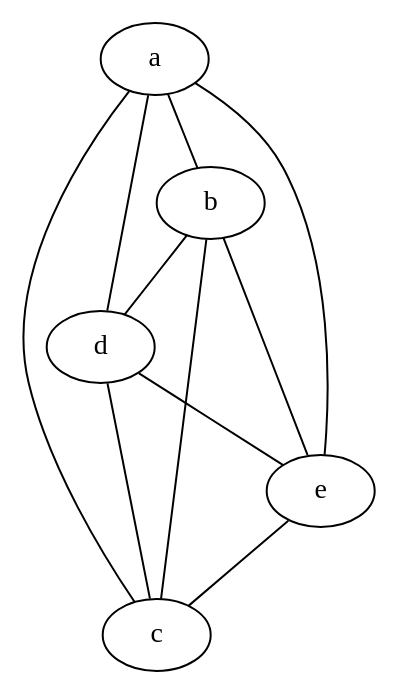
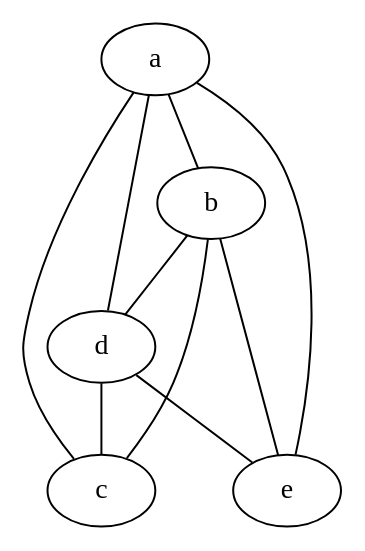
One commit to Patrikpcm/trabalho_grafos changed the diagram in trabalho-1/alexandre/clique1.dot. Above: the diagram before and after it, drawn with Graphviz. The commit also changed 2 other files, not shown here.

```diff
--- a/trabalho-1/alexandre/clique1.dot
+++ b/trabalho-1/alexandre/clique1.dot
@@ -1,12 +1,12 @@
 strict graph teste_clique{
 	a -- b
 	b -- c
 	c -- a
 	a -- d
 	b -- d
 	d -- c
 	e -- b
 	d -- e
 	a -- e
-	e -- c
+//	e -- c
 }
```
